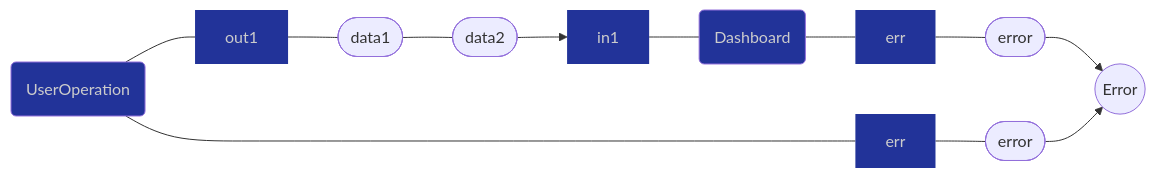
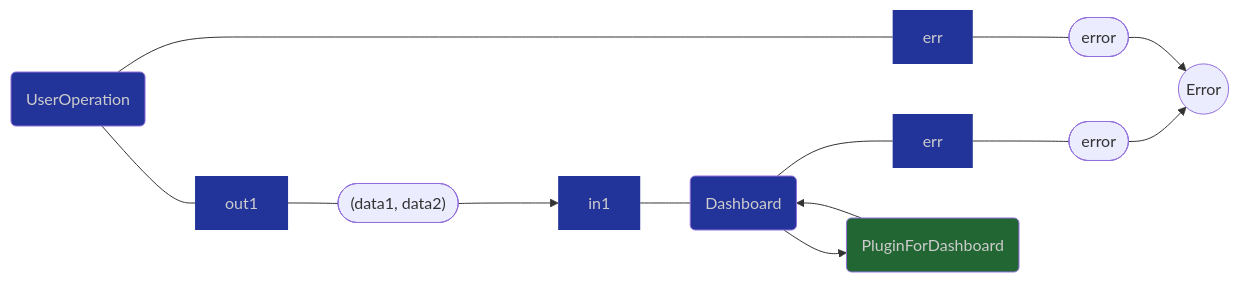
One commit to flowdev/flow-dsl changed the diagram in mermaid/test-links.md. Above: the diagram before and after it, drawn with Mermaid. The commit also changed other lines of this file, not shown here.

Commit message:
Support relative links.

````diff
--- a/mermaid/test-links.md
+++ b/mermaid/test-links.md
@@ -3,33 +3,34 @@
 ```mermaid
 flowchart LR
     user("UserOperation")
     user_out1["out1"]
-    user_data1([data1])
-    user_data2([data2])
+    user_data(["(data1, data2)"])
     user_err["err"]
     user_error(["error"])
     dash("Dashboard")
     dash_in1["in1"]
     dash_err["err"]
     dash_error(["error"])
+    dash_plug1("PluginForDashboard")
     err(("Error"))
 
+    dash --> dash_plug1 --> dash
     user --- user_out1
-    user_out1 --- user_data1 --- user_data2 --> dash_in1
+    user_out1 --- user_data ---> dash_in1
     dash_in1 --- dash
     dash --- dash_err
     dash_err --- dash_error --> err
     user --- user_err
     user_err --- user_error --> err
 
-    click dash "https://google.com"
-    click user "../README.md"
     classDef comp fill:#239,color:#ccc;
     classDef port fill:#239,color:#ccc,stroke-width:0;
+    classDef plugin fill:#263,color:#ccc;
     class user comp
     class user_out1 port
     class user_err port
     class dash_in1 port
     class dash comp
     class dash_err port
+    class dash_plug1 plugin
 ```
````
